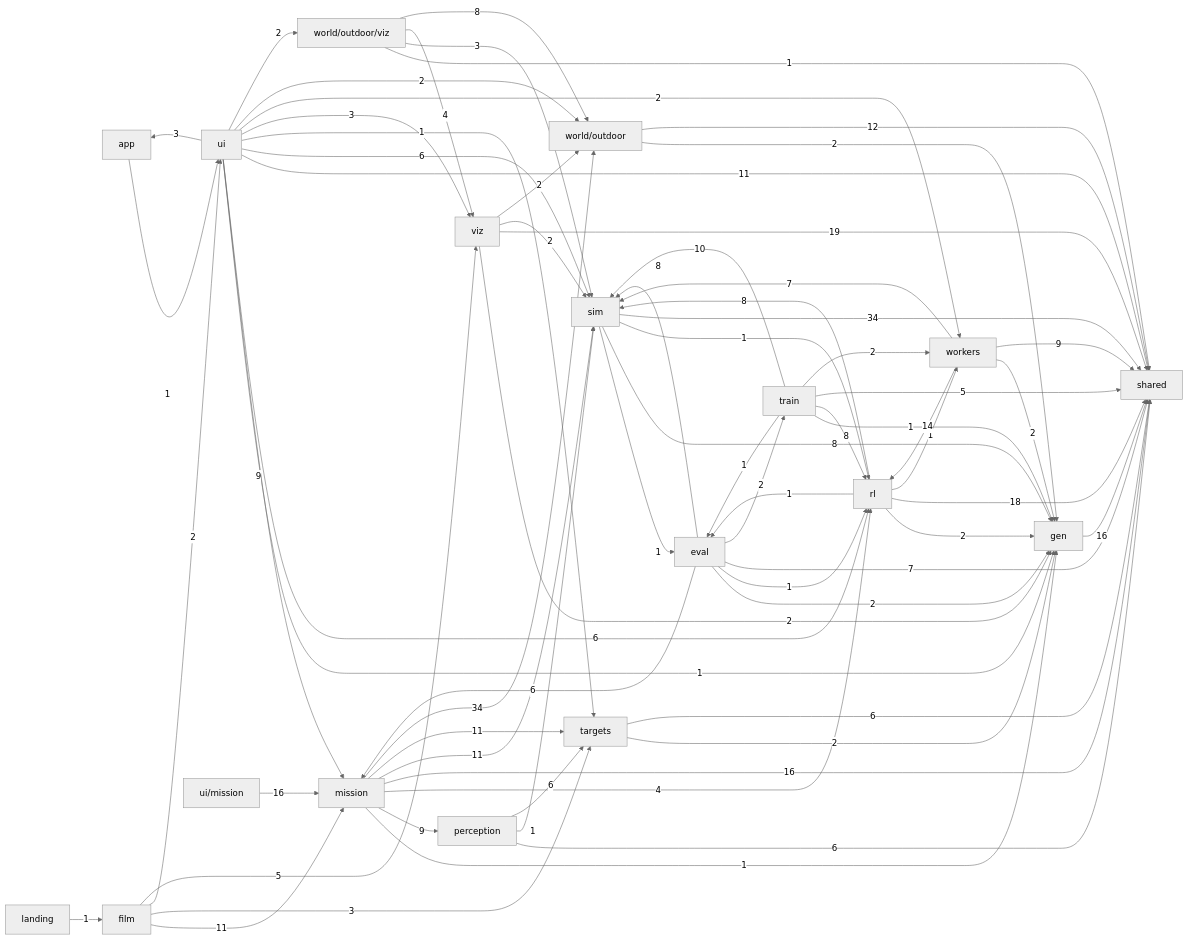
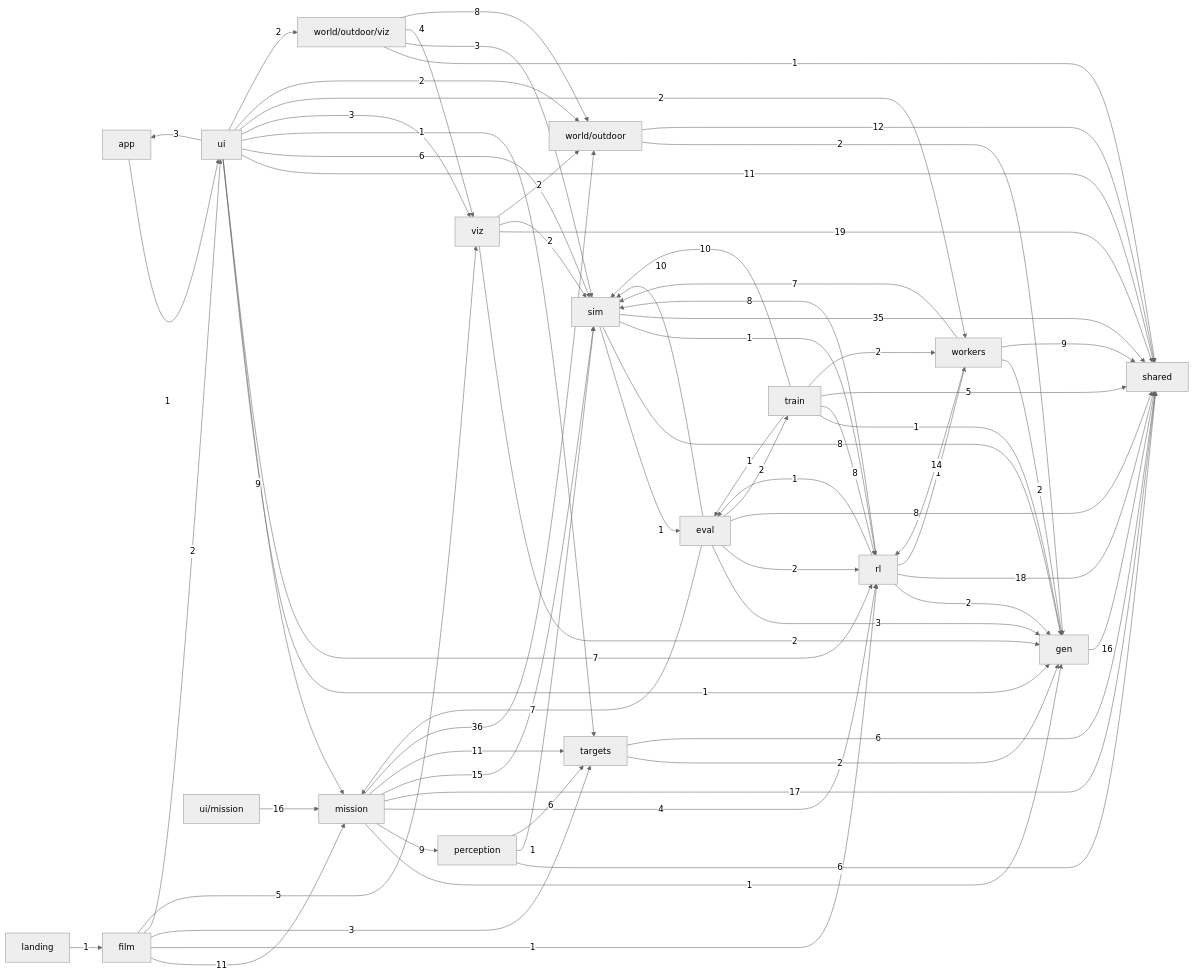
Before and after one commit to alexnieves-cs/frontier-fly: the second of 2 diagrams in docs/ARCHITECTURE.md, drawn with Mermaid (neutral theme). The commit also changed other lines of this file and 54 other files, not shown here.

```diff
--- a/docs/ARCHITECTURE.md
+++ b/docs/ARCHITECTURE.md
@@ -93,13 +93,14 @@
   world_outdoor["world/outdoor"]
   world_outdoor_viz["world/outdoor/viz"]
   app -->|1| ui
-  eval -->|2| gen
-  eval -->|6| mission
-  eval -->|1| rl
-  eval -->|7| shared
-  eval -->|8| sim
+  eval -->|3| gen
+  eval -->|7| mission
+  eval -->|2| rl
+  eval -->|8| shared
+  eval -->|10| sim
   eval -->|2| train
   film -->|11| mission
+  film -->|1| rl
   film -->|3| targets
   film -->|2| ui
   film -->|5| viz
@@ -108,10 +109,10 @@
   mission -->|1| gen
   mission -->|9| perception
   mission -->|4| rl
-  mission -->|16| shared
-  mission -->|11| sim
+  mission -->|17| shared
+  mission -->|15| sim
   mission -->|11| targets
-  mission -->|34| world_outdoor
+  mission -->|36| world_outdoor
   perception -->|6| shared
   perception -->|1| sim
   perception -->|6| targets
@@ -123,7 +124,7 @@
   sim -->|1| eval
   sim -->|8| gen
   sim -->|1| rl
-  sim -->|34| shared
+  sim -->|35| shared
   targets -->|2| gen
   targets -->|6| shared
   train -->|1| eval
@@ -136,7 +137,7 @@
   ui -->|3| app
   ui -->|1| gen
   ui -->|9| mission
-  ui -->|6| rl
+  ui -->|7| rl
   ui -->|11| shared
   ui -->|6| sim
   ui -->|1| targets
```
